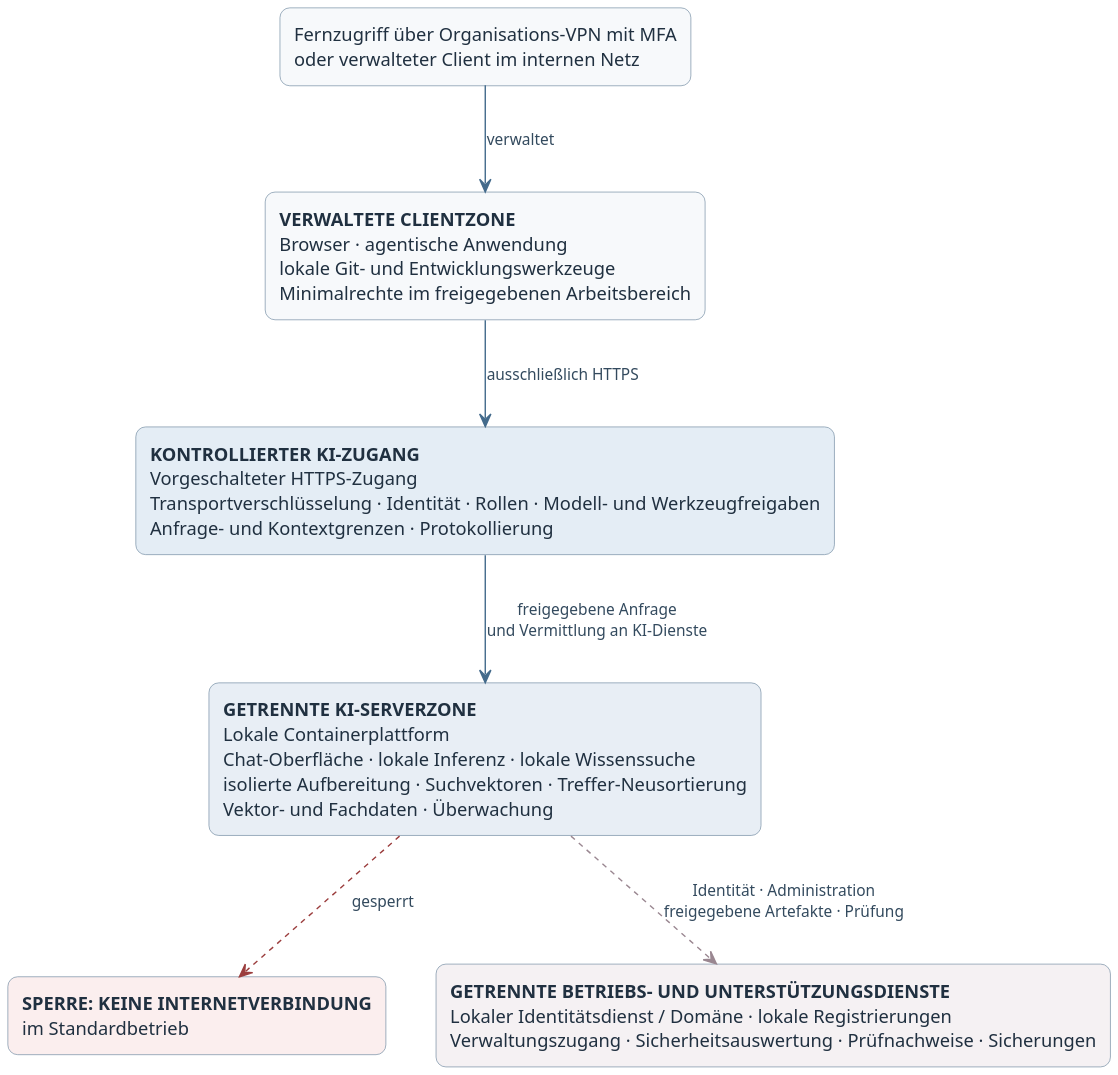
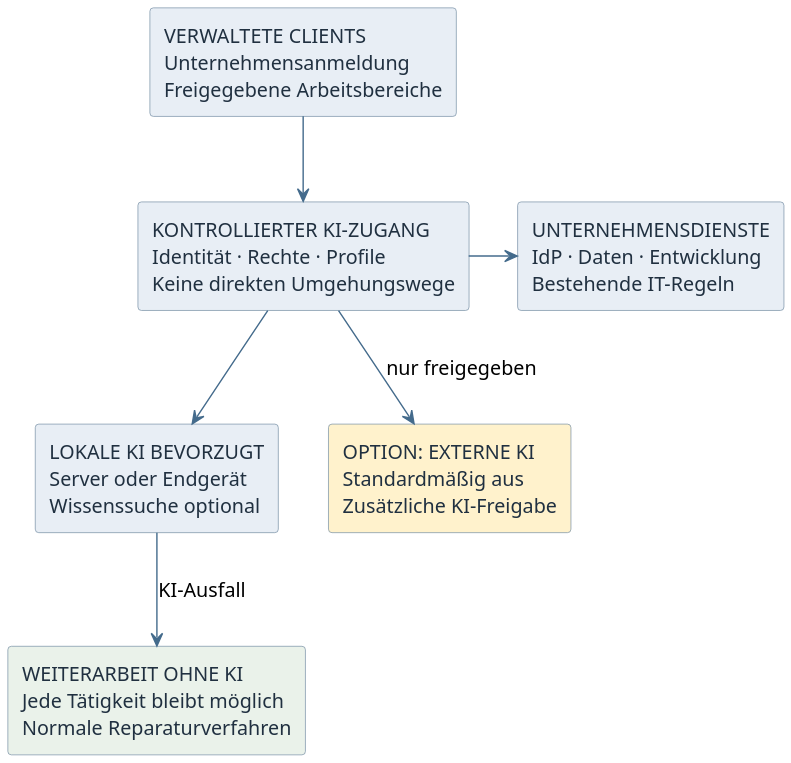
The diagram in diagramme/architektur.puml (adrianweidig/allgemeines-ki-it-sicherheitskonzept), drawn with PlantUML before and after one commit. The commit also changed 37 other files, not shown here.

```diff
--- a/diagramme/architektur.puml
+++ b/diagramme/architektur.puml
@@ -1,33 +1,30 @@
 @startuml
-top to bottom direction
-
 skinparam dpi 180
 skinparam backgroundColor #FFFFFF
 skinparam shadowing false
-skinparam roundCorner 14
 skinparam defaultFontName Arial
-skinparam defaultFontSize 13
+skinparam defaultFontSize 14
 skinparam ArrowColor #446B8C
-skinparam ArrowFontColor #334A5E
-skinparam ArrowFontSize 11
-skinparam rectangle {
+skinparam activity {
+  BackgroundColor #E8EEF5
   BorderColor #7890A5
-  BackgroundColor #F7F9FB
   FontColor #203040
 }
-
-rectangle "Fernzugriff über Organisations-VPN mit MFA\noder verwalteter Client im internen Netz" as zugang
-rectangle "**VERWALTETE CLIENTZONE**\nBrowser · agentische Anwendung\nlokale Git- und Entwicklungswerkzeuge\nMinimalrechte im freigegebenen Arbeitsbereich" as client
-rectangle "**KONTROLLIERTER KI-ZUGANG**\nVorgeschalteter HTTPS-Zugang\nTransportverschlüsselung · Identität · Rollen · Modell- und Werkzeugfreigaben\nAnfrage- und Kontextgrenzen · Protokollierung" as gateway #E4EDF5
-rectangle "**GETRENNTE KI-SERVERZONE**\nLokale Containerplattform\nChat-Oberfläche · lokale Inferenz · lokale Wissenssuche\nisolierte Aufbereitung · Suchvektoren · Treffer-Neusortierung\nVektor- und Fachdaten · Überwachung" as server #E8EEF5
-rectangle "**SPERRE: KEINE INTERNETVERBINDUNG**\nim Standardbetrieb" as noegress #FBEEEE
-rectangle "**GETRENNTE BETRIEBS- UND UNTERSTÜTZUNGSDIENSTE**\nLokaler Identitätsdienst / Domäne · lokale Registrierungen\nVerwaltungszugang · Sicherheitsauswertung · Prüfnachweise · Sicherungen" as support #F5F1F3
-
-zugang -down-> client : verwaltet
-client -down-> gateway : ausschließlich HTTPS
-gateway -down-> server : freigegebene Anfrage\nund Vermittlung an KI-Dienste
-server -[#9B3D3D,dashed]-> noegress : gesperrt
-server -[#9A8791,dashed]down-> support : Identität · Administration\nfreigegebene Artefakte · Prüfung
-noegress -[hidden]right-> support
-
+skinparam rectangle {
+  BackgroundColor #E8EEF5
+  BorderColor #7890A5
+  FontColor #203040
+}
+rectangle "VERWALTETE CLIENTS\nUnternehmensanmeldung\nFreigegebene Arbeitsbereiche" as client
+rectangle "KONTROLLIERTER KI-ZUGANG\nIdentität · Rechte · Profile\nKeine direkten Umgehungswege" as gateway
+rectangle "UNTERNEHMENSDIENSTE\nIdP · Daten · Entwicklung\nBestehende IT-Regeln" as support
+rectangle "LOKALE KI BEVORZUGT\nServer oder Endgerät\nWissenssuche optional" as lokal
+rectangle "OPTION: EXTERNE KI\nStandardmäßig aus\nZusätzliche KI-Freigabe" as extern #FFF2CC
+rectangle "WEITERARBEIT OHNE KI\nJede Tätigkeit bleibt möglich\nNormale Reparaturverfahren" as weiter #EAF2EA
+client -down-> gateway
+gateway -right-> support
+gateway -down-> lokal
+lokal -[hidden]right-> extern
+gateway -down-> extern : nur freigegeben
+lokal -down-> weiter : KI-Ausfall
 @enduml
```
